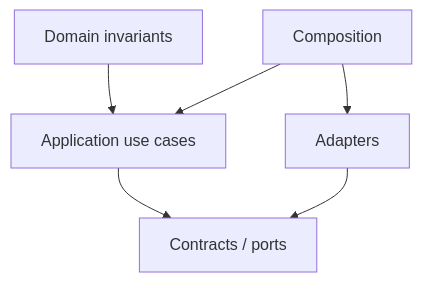
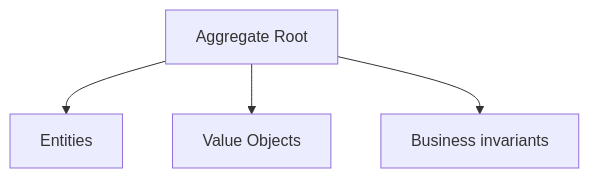
The second of 3 diagrams in packages/file/ARCHITECTURE.md (963sup/Line_Bot_v1), drawn with Mermaid before and after one commit. The commit also changed other lines of this file and 40 other files, not shown here.

Commit message:
docs: compact owner architecture cards

````diff
--- a/packages/file/ARCHITECTURE.md
+++ b/packages/file/ARCHITECTURE.md
@@ -40,8 +24,6 @@
 ```mermaid
 flowchart TD
-  Domain[Domain invariants] --> Application[Application use cases]
-  Application --> Ports[Contracts / ports]
-  Composition[Composition] --> Application
-  Adapters[Adapters] --> Ports
-  Composition --> Adapters
+  Aggregate[Aggregate Root] --> Entity[Entities]
+  Aggregate --> ValueObject[Value Objects]
+  Aggregate --> Invariant[Business invariants]
 ```
````
